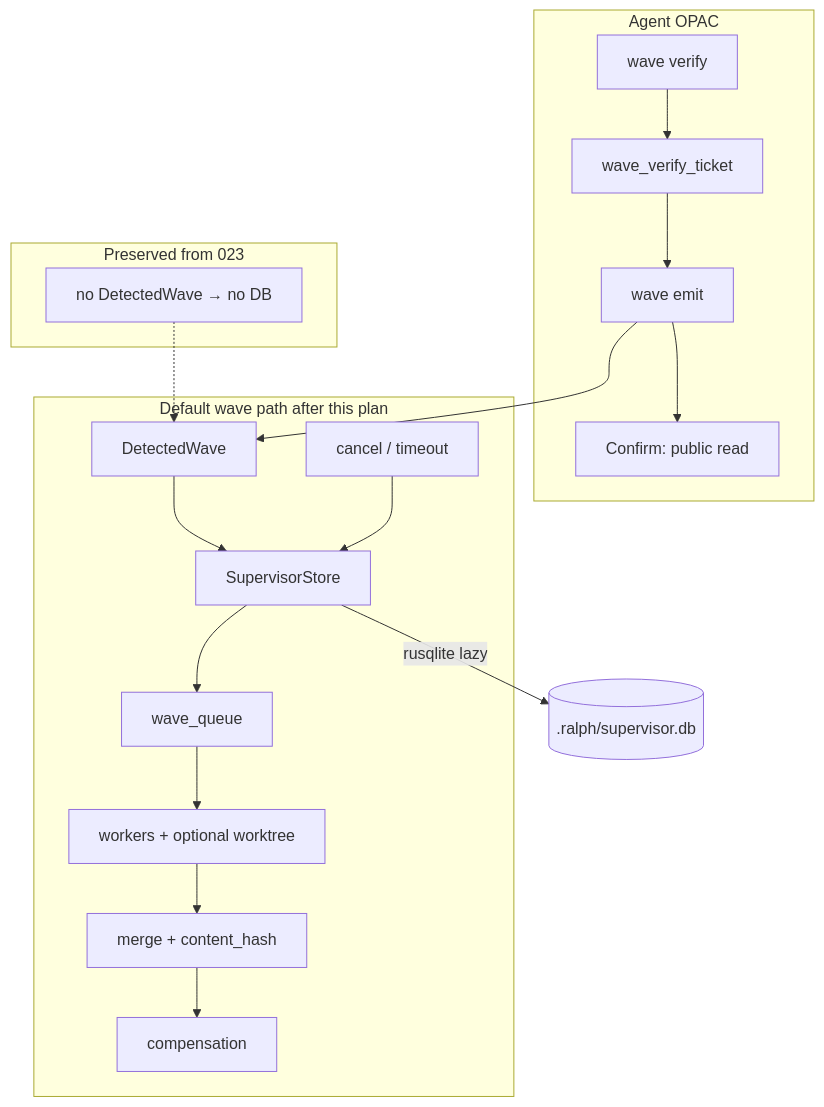
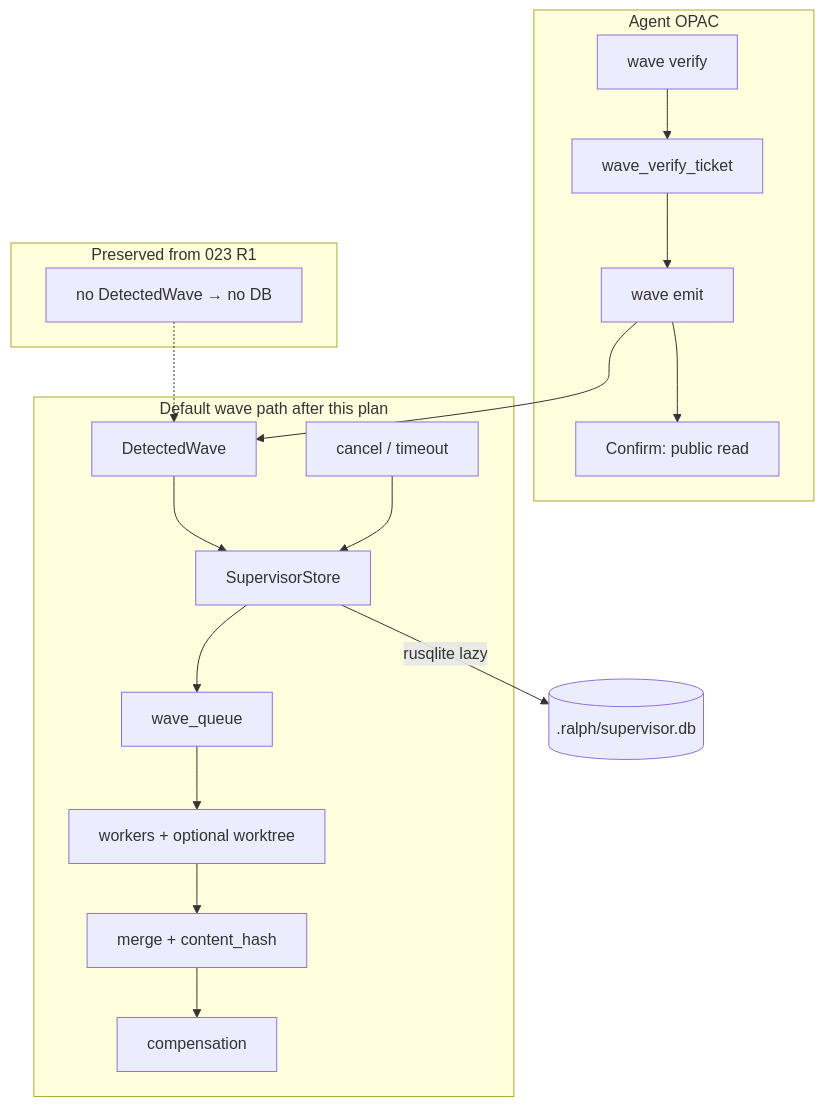
One commit to pittcat/ralph-orchestrator changed the first of 2 diagrams in docs/plans/2026-07-22-001-feat-wave-protocol-suite-default-plan.md. Above: the diagram before and after it, drawn with Mermaid. The commit also changed other lines of this file and 3 other files, not shown here.

````diff
--- a/docs/plans/2026-07-22-001-feat-wave-protocol-suite-default-plan.md
+++ b/docs/plans/2026-07-22-001-feat-wave-protocol-suite-default-plan.md
@@ -199,29 +213,29 @@
 ```mermaid
 flowchart TB
   subgraph agent [Agent OPAC]
     V[wave verify]
     T[wave_verify_ticket]
     E[wave emit]
     C[Confirm: public read]
     V --> T --> E --> C
   end
   subgraph runtime [Default wave path after this plan]
     D[DetectedWave]
     S[SupervisorStore]
     Q[wave_queue]
     W[workers + optional worktree]
     M[merge + content_hash]
     K[cancel / timeout]
     X[compensation]
     D --> S
     S --> Q --> W --> M
     K --> S
     M --> X
   end
-  subgraph gates [Preserved from 023]
+  subgraph gates [Preserved from 023 R1]
     P[no DetectedWave → no DB]
   end
   E --> D
   S -->|rusqlite lazy| DB[(.ralph/supervisor.db)]
   P -.-> D
 ```
````
